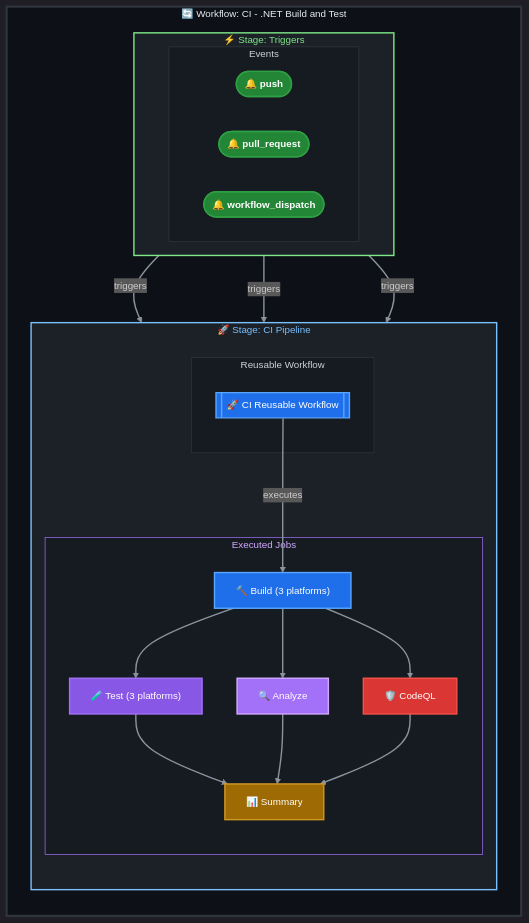
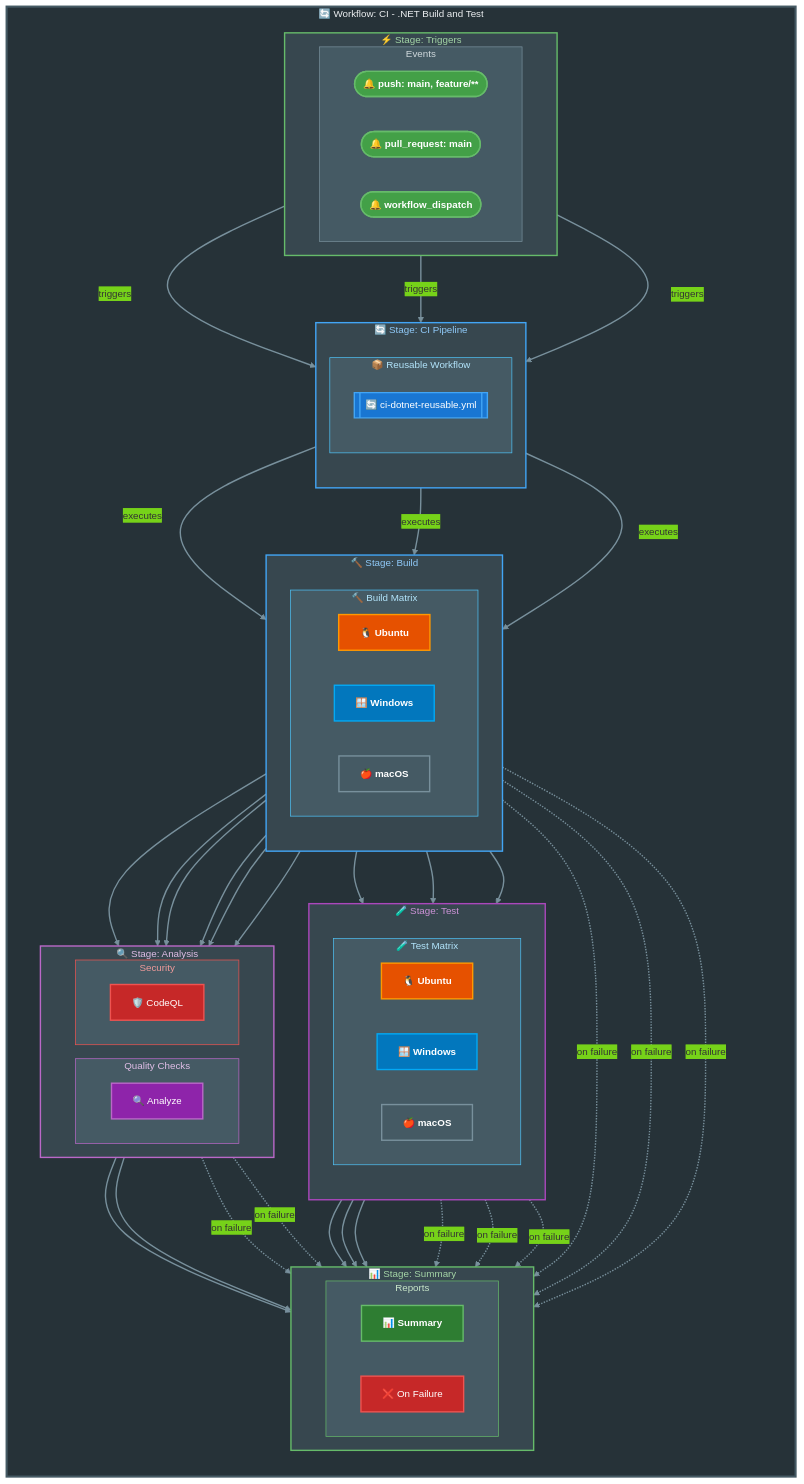
The diagram in docs/workflows/ci-dotnet.md (Evilazaro/Azure-LogicApps-Monitoring), drawn with Mermaid before and after one commit. The commit also changed 1 other file, not shown here.

Commit message:
docs: Update CI workflow diagrams with improved styling and clarity for better visualization

````diff
--- a/docs/workflows/ci-dotnet.md
+++ b/docs/workflows/ci-dotnet.md
@@ -51,52 +51,113 @@
 ```mermaid
-%%{init: {'theme': 'dark', 'themeVariables': {'fontSize': '14px', 'primaryColor': '#1f6feb', 'lineColor': '#8b949e'}}}%%
+%%{init: {'theme': 'base', 'themeVariables': {'fontSize': '14px', 'primaryColor': '#1976D2', 'lineColor': '#78909C', 'textColor': '#37474F'}}}%%
 flowchart TB
     subgraph wf["🔄 Workflow: CI - .NET Build and Test"]
         direction TB
-        style wf fill:#0d1117,stroke:#30363d,stroke-width:3px,color:#e6edf3
+        style wf fill:#263238,stroke:#455A64,stroke-width:3px,color:#ECEFF1
         
         subgraph triggers["⚡ Stage: Triggers"]
             direction LR
-            style triggers fill:#1c2128,stroke:#7ee787,stroke-width:2px,color:#7ee787
+            style triggers fill:#37474F,stroke:#66BB6A,stroke-width:2px,color:#A5D6A7
             subgraph events["Events"]
-                style events fill:#161b22,stroke:#30363d,stroke-width:1px,color:#c9d1d9
-                push(["🔔 push"]):::node-trigger
-                pr(["🔔 pull_request"]):::node-trigger
+                style events fill:#455A64,stroke:#78909C,stroke-width:1px,color:#CFD8DC
+                push(["🔔 push: main, feature/**"]):::node-trigger
+                pr(["🔔 pull_request: main"]):::node-trigger
                 manual(["🔔 workflow_dispatch"]):::node-trigger
             end
         end
         
-        subgraph ci-stage["🚀 Stage: CI Pipeline"]
+        subgraph ci-stage["🔄 Stage: CI Pipeline"]
             direction TB
-            style ci-stage fill:#1c2128,stroke:#79c0ff,stroke-width:2px,color:#79c0ff
-            subgraph reusable["Reusable Workflow"]
-                style reusable fill:#161b22,stroke:#30363d,stroke-width:1px,color:#c9d1d9
-                ci[["🚀 CI Reusable Workflow"]]:::node-build
+            style ci-stage fill:#37474F,stroke:#42A5F5,stroke-width:2px,color:#90CAF9
+            subgraph reusable["📦 Reusable Workflow"]
+                style reusable fill:#455A64,stroke:#4FC3F7,stroke-width:1px,color:#B3E5FC
+                ci-call[["🔄 ci-dotnet-reusable.yml"]]:::node-build
             end
-            subgraph executed-jobs["Executed Jobs"]
-                style executed-jobs fill:#161b22,stroke:#a371f7,stroke-width:1px,color:#d2a8ff
-                build["🔨 Build (3 platforms)"]:::node-build
-                test["🧪 Test (3 platforms)"]:::node-test
+        end
+        
+        subgraph build-stage["🔨 Stage: Build"]
+            direction TB
+            style build-stage fill:#37474F,stroke:#42A5F5,stroke-width:2px,color:#90CAF9
+            subgraph build-matrix["🔨 Build Matrix"]
+                direction LR
+                style build-matrix fill:#455A64,stroke:#4FC3F7,stroke-width:1px,color:#B3E5FC
+                build-ubuntu["🐧 Ubuntu"]:::node-ubuntu
+                build-windows["🪟 Windows"]:::node-windows
+                build-macos["🍎 macOS"]:::node-macos
+            end
+        end
+        
+        subgraph test-stage["🧪 Stage: Test"]
+            direction TB
+            style test-stage fill:#37474F,stroke:#AB47BC,stroke-width:2px,color:#CE93D8
+            subgraph test-matrix["🧪 Test Matrix"]
+                direction LR
+                style test-matrix fill:#455A64,stroke:#4FC3F7,stroke-width:1px,color:#B3E5FC
+                test-ubuntu["🐧 Ubuntu"]:::node-ubuntu
+                test-windows["🪟 Windows"]:::node-windows
+                test-macos["🍎 macOS"]:::node-macos
+            end
+        end
+        
+        subgraph analysis-stage["🔍 Stage: Analysis"]
+            direction LR
+            style analysis-stage fill:#37474F,stroke:#BA68C8,stroke-width:2px,color:#E1BEE7
+            subgraph quality["Quality Checks"]
+                style quality fill:#455A64,stroke:#BA68C8,stroke-width:1px,color:#E1BEE7
                 analyze["🔍 Analyze"]:::node-lint
+            end
+            subgraph security["Security"]
+                style security fill:#455A64,stroke:#EF5350,stroke-width:1px,color:#EF9A9A
                 codeql["🛡️ CodeQL"]:::node-security
-                summary["📊 Summary"]:::node-staging
+            end
+        end
+        
+        subgraph summary-stage["📊 Stage: Summary"]
+            direction LR
+            style summary-stage fill:#37474F,stroke:#66BB6A,stroke-width:2px,color:#A5D6A7
+            subgraph reports["Reports"]
+                style reports fill:#455A64,stroke:#66BB6A,stroke-width:1px,color:#C8E6C9
+                summary["📊 Summary"]:::node-production
+                on-failure["❌ On Failure"]:::node-error
             end
         end
     end
     
-    push & pr & manual -->|"triggers"| ci
-    ci -->|"executes"| build
-    build --> test
-    build --> analyze
-    build --> codeql
-    test & analyze & codeql --> summary
+    %% Trigger connections
+    push & pr & manual -->|"triggers"| ci-call
     
-    classDef node-trigger fill:#238636,stroke:#2ea043,stroke-width:2px,color:#ffffff,font-weight:bold
-    classDef node-build fill:#1f6feb,stroke:#58a6ff,stroke-width:2px,color:#ffffff
-    classDef node-test fill:#8957e5,stroke:#a371f7,stroke-width:2px,color:#ffffff
-    classDef node-lint fill:#a371f7,stroke:#d2a8ff,stroke-width:2px,color:#ffffff
-    classDef node-security fill:#da3633,stroke:#f85149,stroke-width:2px,color:#ffffff
-    classDef node-staging fill:#9e6a03,stroke:#d29922,stroke-width:2px,color:#ffffff
+    %% Reusable workflow executes matrix builds
+    ci-call -->|"executes"| build-ubuntu & build-windows & build-macos
     
-    linkStyle default stroke:#8b949e,stroke-width:2px
+    %% Build to Test (OS-specific)
+    build-ubuntu --> test-ubuntu
+    build-windows --> test-windows
+    build-macos --> test-macos
+    
+    %% Build to Analysis
+    build-ubuntu & build-windows & build-macos --> analyze & codeql
+    
+    %% All jobs to Summary
+    test-ubuntu & test-windows & test-macos --> summary
+    analyze & codeql --> summary
+    
+    %% Failure handling
+    build-ubuntu & build-windows & build-macos -.->|"on failure"| on-failure
+    test-ubuntu & test-windows & test-macos -.->|"on failure"| on-failure
+    analyze & codeql -.->|"on failure"| on-failure
+    
+    %% Material Design Node Classes
+    classDef node-trigger fill:#43A047,stroke:#66BB6A,stroke-width:2px,color:#FFFFFF,font-weight:bold
+    classDef node-build fill:#1976D2,stroke:#42A5F5,stroke-width:2px,color:#FFFFFF
+    classDef node-lint fill:#8E24AA,stroke:#BA68C8,stroke-width:2px,color:#FFFFFF
+    classDef node-security fill:#C62828,stroke:#EF5350,stroke-width:2px,color:#FFFFFF
+    classDef node-production fill:#2E7D32,stroke:#66BB6A,stroke-width:2px,color:#FFFFFF,font-weight:bold
+    classDef node-error fill:#C62828,stroke:#EF5350,stroke-width:2px,color:#FFFFFF
+    
+    %% OS-Specific Node Classes (Material Design)
+    classDef node-ubuntu fill:#E65100,stroke:#FF9800,stroke-width:2px,color:#FFFFFF,font-weight:bold
+    classDef node-windows fill:#0277BD,stroke:#03A9F4,stroke-width:2px,color:#FFFFFF,font-weight:bold
+    classDef node-macos fill:#455A64,stroke:#78909C,stroke-width:2px,color:#FFFFFF,font-weight:bold
+    
+    linkStyle default stroke:#78909C,stroke-width:2px
 ```
````
